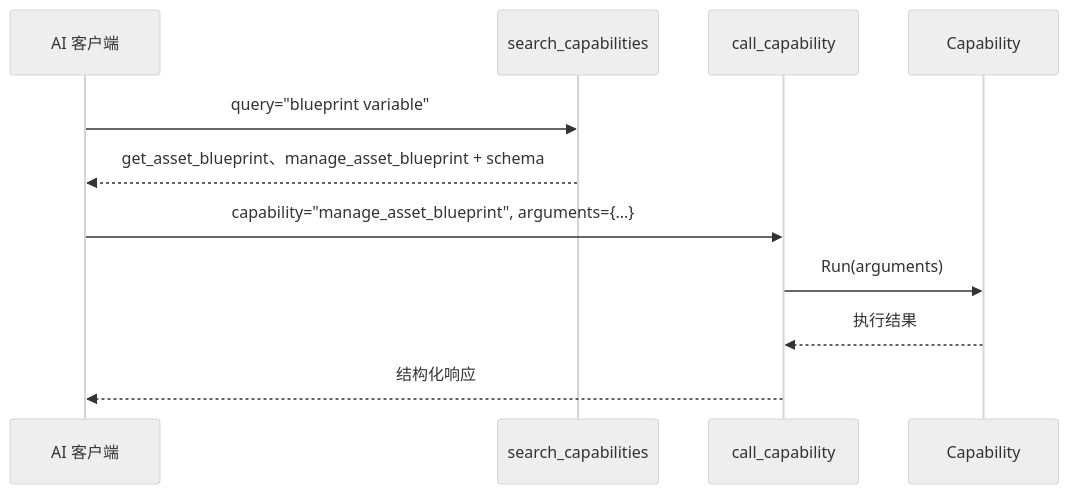
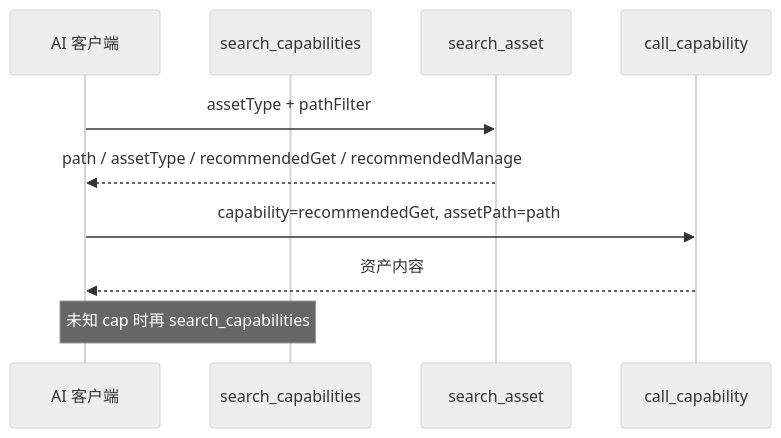
The second of 2 diagrams in docs/usage-guide.md (bytepine/NexusLink), drawn with Mermaid (neutral theme) before and after one commit. The commit also changed other lines of this file and 109 other files, not shown here.

First line of the commit message:
feat(mcp): search_asset 返回 recommendedGet/Manage

````diff
--- a/docs/usage-guide.md
+++ b/docs/usage-guide.md
@@ -169,15 +169,15 @@
 ```mermaid
 sequenceDiagram
     participant AI as AI 客户端
-    participant Search as search_capabilities
+    participant SearchCap as search_capabilities
+    participant SearchAsset as search_asset
     participant Call as call_capability
-    participant Cap as Capability
 
-    AI->>Search: query="blueprint variable"
-    Search-->>AI: get_asset_blueprint、manage_asset_blueprint + schema
+    AI->>SearchAsset: assetType + pathFilter
+    SearchAsset-->>AI: path / assetType / recommendedGet / recommendedManage
 
-    AI->>Call: capability="manage_asset_blueprint", arguments={...}
-    Call->>Cap: Run(arguments)
-    Cap-->>Call: 执行结果
-    Call-->>AI: 结构化响应
+    AI->>Call: capability=recommendedGet, assetPath=path
+    Call-->>AI: 资产内容
+
+    Note over AI,SearchCap: 未知 cap 时再 search_capabilities
 ```
````
